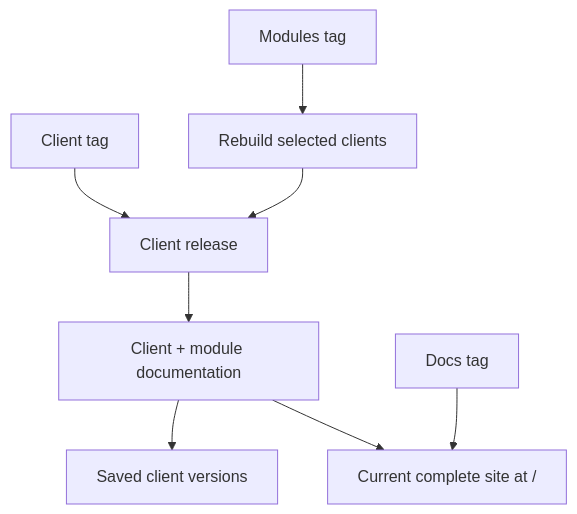
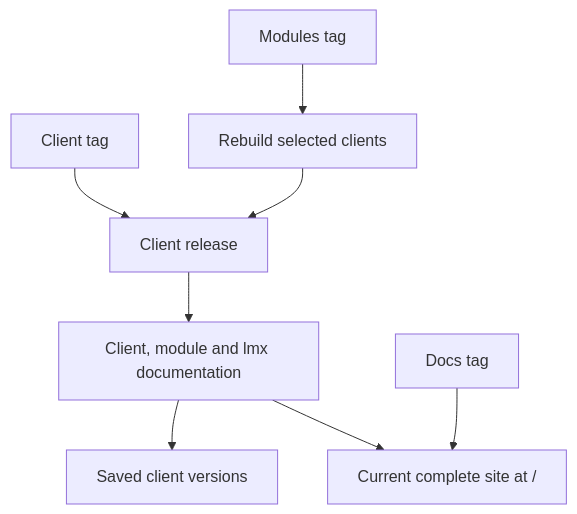
One commit to limanix/docs changed the diagram in docs/pages/releases/index.md. Above: the diagram before and after it, drawn with Mermaid. The commit also changed other lines of this file and 12 other files, not shown here.

````diff
--- a/docs/pages/releases/index.md
+++ b/docs/pages/releases/index.md
@@ -7,11 +7,11 @@
 ```mermaid
 flowchart TD
     accTitle: From a contribution to published documentation
     accDescr: Client and modules tags produce client releases whose documentation updates the site and archives. Docs tags update the current site's shared pages and theme.
     client["Client tag"] --> release["Client release"]
     modules["Modules tag"] --> rebuild["Rebuild selected clients"] --> release
-    release --> productdocs["Client + module documentation"]
+    release --> productdocs["Client, module and lmx documentation"]
     productdocs --> snapshot["Saved client versions"]
     productdocs --> site["Current complete site at /"]
     docs["Docs tag"] --> site
 ```
````
